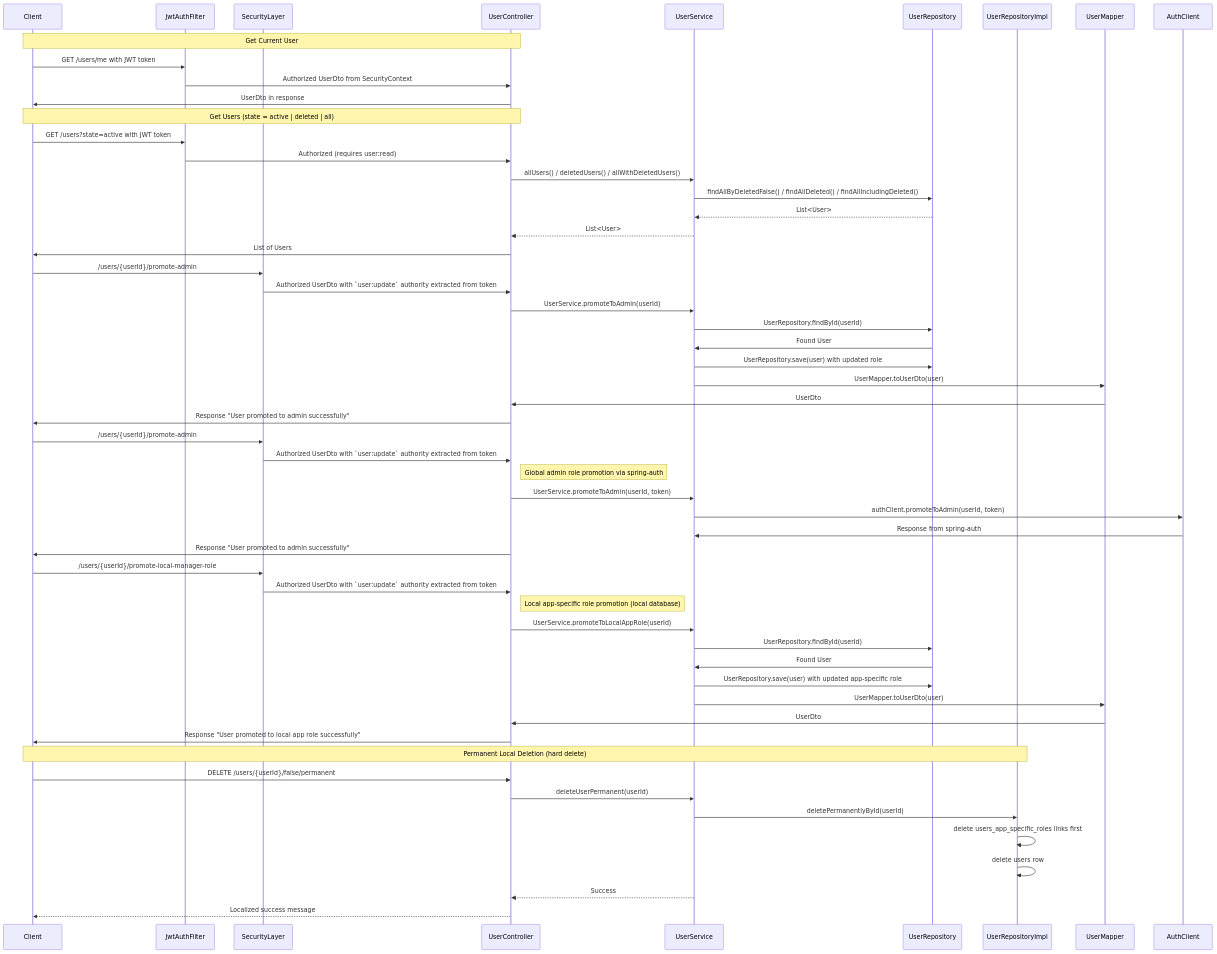
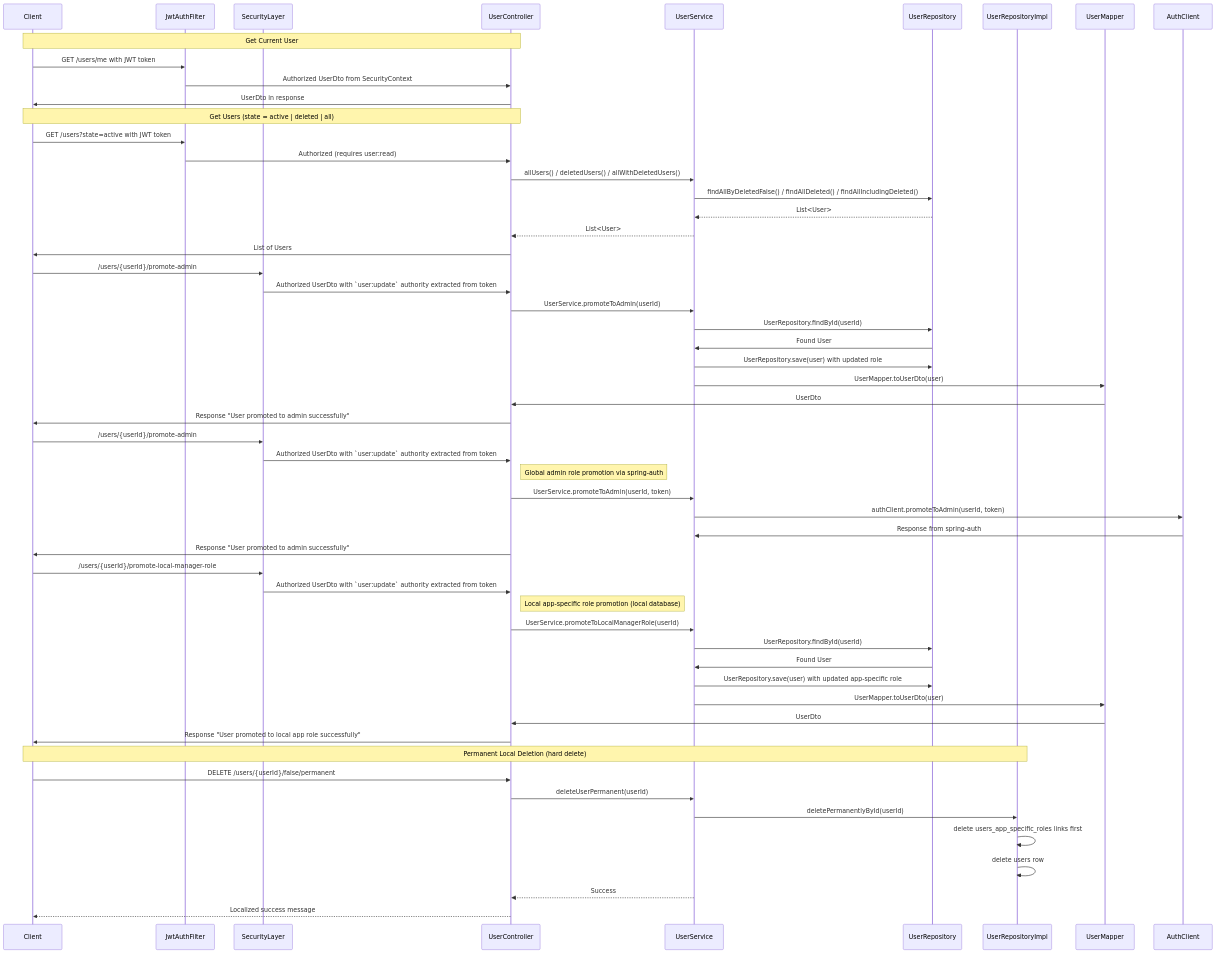
Before and after one commit to OrifInformatique/template_frontback: the sixth of 8 diagrams in docs/process-documentation.md, drawn with Mermaid. The commit also changed other lines of this file and 11 other files, not shown here.

Commit message:
fix(security): change local_app_role to local_manager everywhere

````diff
--- a/docs/process-documentation.md
+++ b/docs/process-documentation.md
@@ -306,62 +306,62 @@
 ```mermaid
 sequenceDiagram
     participant Client
     participant JwtAuthFilter
     participant SecurityLayer
     participant UserController
     participant UserService
     participant UserRepository
     participant UserRepositoryImpl
     participant UserMapper
 
     Note over Client,UserController: Get Current User
     Client->>JwtAuthFilter: GET /users/me with JWT token
     JwtAuthFilter->>UserController: Authorized UserDto from SecurityContext
     UserController->>Client: UserDto in response
 
     Note over Client,UserController: Get Users (state = active | deleted | all)
     Client->>JwtAuthFilter: GET /users?state=active with JWT token
     JwtAuthFilter->>UserController: Authorized (requires user:read)
     UserController->>UserService: allUsers() / deletedUsers() / allWithDeletedUsers()
     UserService->>UserRepository: findAllByDeletedFalse() / findAllDeleted() / findAllIncludingDeleted()
     UserRepository-->>UserService: List<User>
     UserService-->>UserController: List<User>
     UserController->>Client: List of Users
 
     Client->>SecurityLayer: /users/{userId}/promote-admin
     SecurityLayer->>UserController: Authorized UserDto with `user:update` authority extracted from token
     UserController->>UserService: UserService.promoteToAdmin(userId)
     UserService->>UserRepository: UserRepository.findById(userId)
     UserRepository->>UserService: Found User
     UserService->>UserRepository: UserRepository.save(user) with updated role
     UserService->>UserMapper: UserMapper.toUserDto(user)
     UserMapper->>UserController: UserDto
     UserController->>Client: Response "User promoted to admin successfully"
     Client->>SecurityLayer: /users/{userId}/promote-admin
     SecurityLayer->>UserController: Authorized UserDto with `user:update` authority extracted from token
     note right of UserController: Global admin role promotion via spring-auth
     UserController->>UserService: UserService.promoteToAdmin(userId, token)
     UserService->>AuthClient: authClient.promoteToAdmin(userId, token)
     AuthClient->>UserService: Response from spring-auth
     UserController->>Client: Response "User promoted to admin successfully"
 
     Client->>SecurityLayer: /users/{userId}/promote-local-manager-role
     SecurityLayer->>UserController: Authorized UserDto with `user:update` authority extracted from token
     note right of UserController: Local app-specific role promotion (local database)
-    UserController->>UserService: UserService.promoteToLocalAppRole(userId)
+    UserController->>UserService: UserService.promoteToLocalManagerRole(userId)
     UserService->>UserRepository: UserRepository.findById(userId)
     UserRepository->>UserService: Found User
     UserService->>UserRepository: UserRepository.save(user) with updated app-specific role
     UserService->>UserMapper: UserMapper.toUserDto(user)
     UserMapper->>UserController: UserDto
     UserController->>Client: Response "User promoted to local app role successfully"
 
     Note over Client,UserRepositoryImpl: Permanent Local Deletion (hard delete)
     Client->>UserController: DELETE /users/{userId}/false/permanent
     UserController->>UserService: deleteUserPermanent(userId)
     UserService->>UserRepositoryImpl: deletePermanentlyById(userId)
     UserRepositoryImpl->>UserRepositoryImpl: delete users_app_specific_roles links first
     UserRepositoryImpl->>UserRepositoryImpl: delete users row
     UserService-->>UserController: Success
     UserController-->>Client: Localized success message
 ```
````
